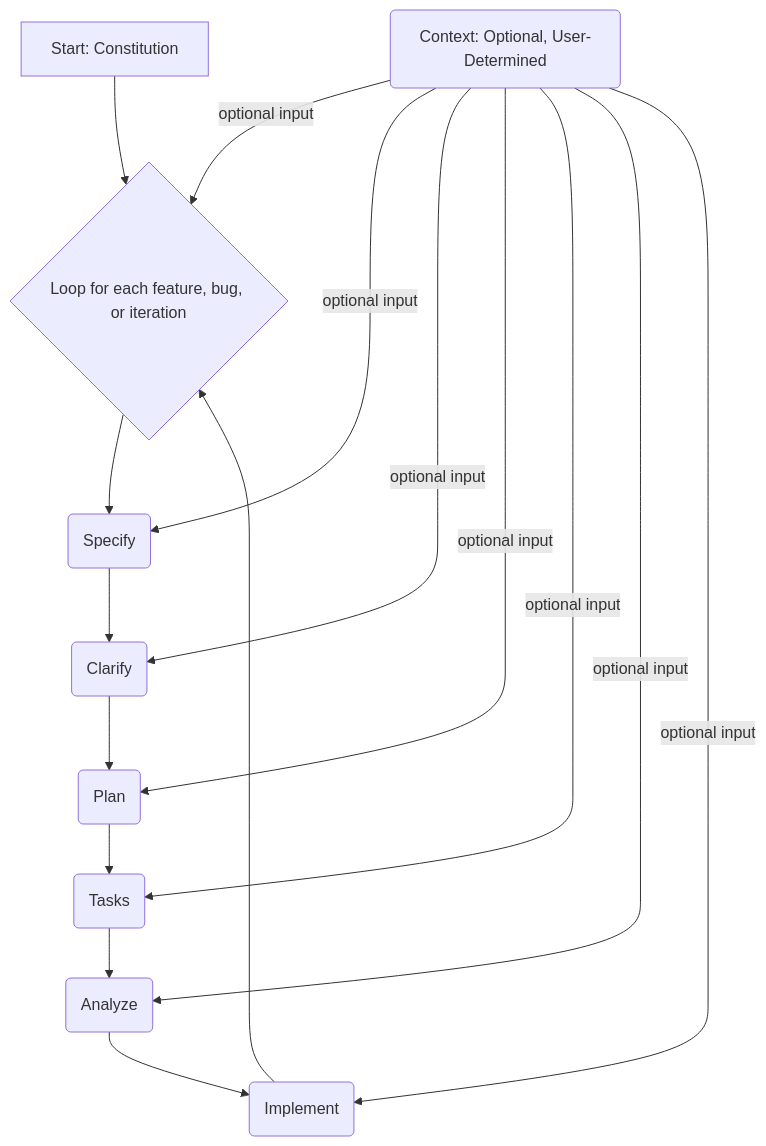
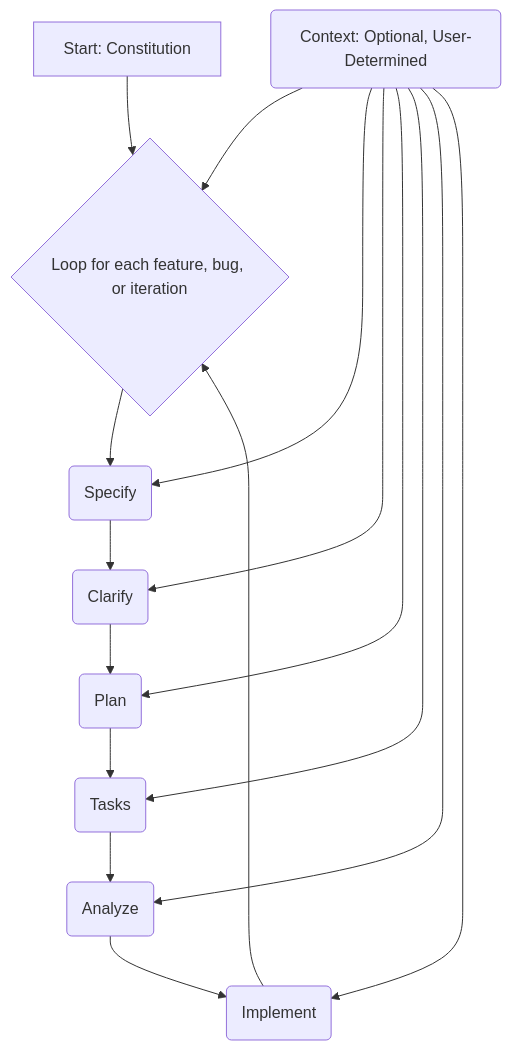
One commit to kPinney/zed-spec-kit changed the second of 2 diagrams in README.md. Above: the diagram before and after it, drawn with Mermaid.

Commit message:
update mermaid user workflow to remove text in context arrows.

````diff
--- a/README.md
+++ b/README.md
@@ -79,23 +79,23 @@
 ```mermaid
 graph TD
     A[Start: Constitution] --> B{Loop for each feature, bug, or iteration};
 
     B --> C(Specify);
     C --> D(Clarify);
     D --> E(Plan);
     E --> F(Tasks);
     F --> G(Analyze);
     G --> H(Implement);
 
     H --> B;
 
     I(Context: Optional, User-Determined)
 
-    I -- optional input --> B;
-    I -- optional input --> C;
-    I -- optional input --> D;
-    I -- optional input --> E;
-    I -- optional input --> F;
-    I -- optional input --> G;
-    I -- optional input --> H;
+    I --> B;
+    I --> C;
+    I --> D;
+    I --> E;
+    I --> F;
+    I --> G;
+    I --> H;
 ```
````
